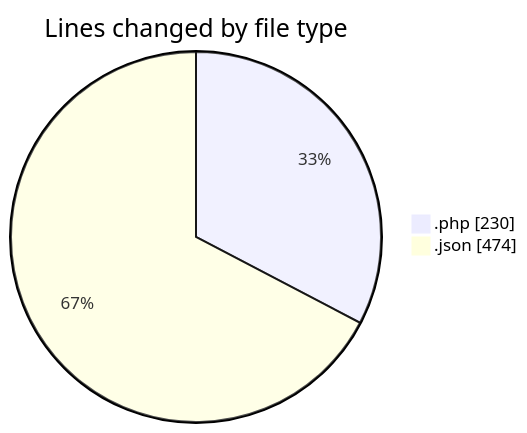
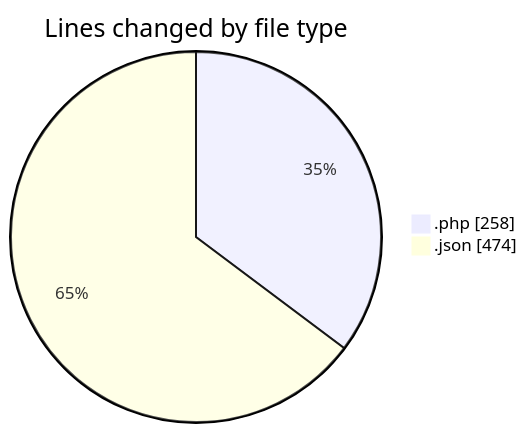
Before and after one commit to idhammustaqopulfikri/code-tracking: the first of 2 diagrams in 2025-05-16/booking/README.md, drawn with Mermaid. The commit also changed other lines of this file and 1 other file, not shown here.

````diff
--- a/2025-05-16/booking/README.md
+++ b/2025-05-16/booking/README.md
@@ -23,6 +24,6 @@
 ```mermaid
 pie showData
 title Lines changed by file type
-".php" : 230
+".php" : 258
 ".json" : 474
 ```
````
